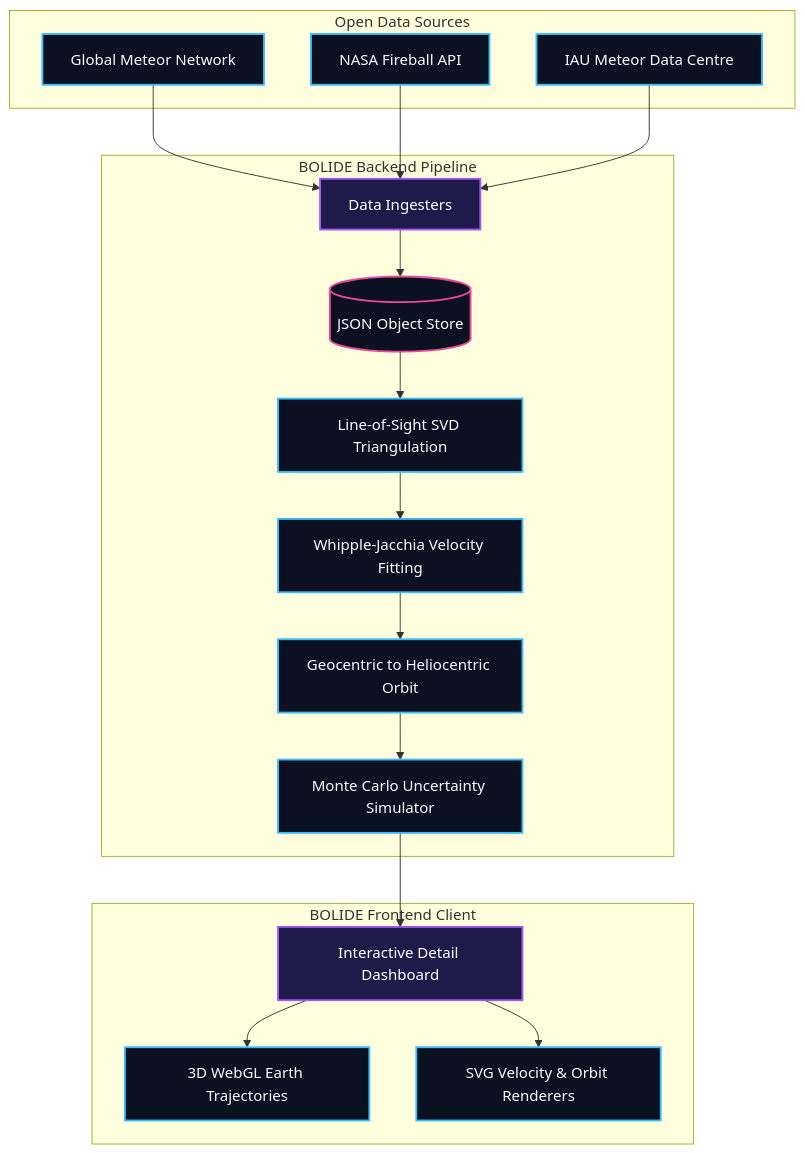
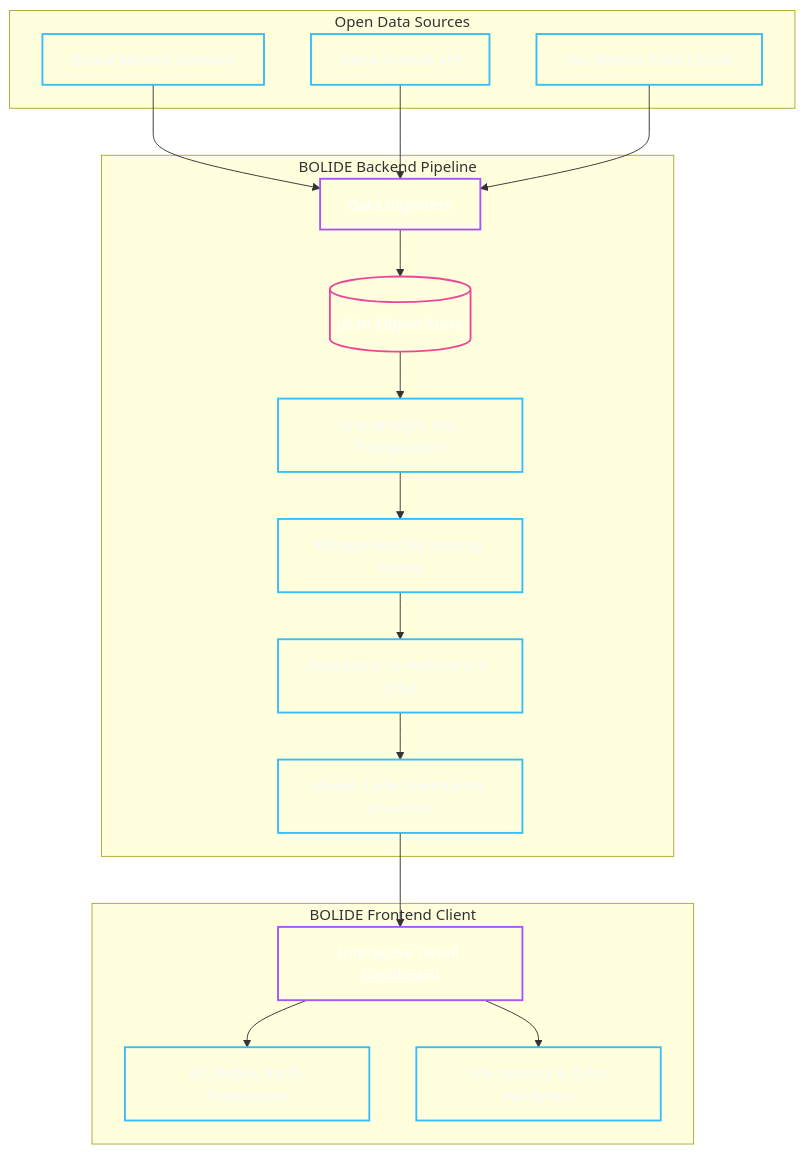
Before and after one commit to Ojasvvv/Astrothon: the diagram in README.md, drawn with Mermaid.

````diff
--- a/README.md
+++ b/README.md
@@ -31,42 +31,42 @@
 ```mermaid
 graph TD
-    classDef default fill:#0b1121,stroke:#38bdf8,stroke-width:2px,color:#f8fafc;
-    classDef highlight fill:#1e1b4b,stroke:#a855f7,stroke-width:2px,color:#ffffff;
-    classDef store fill:#0b1121,stroke:#ec4899,stroke-width:2px,color:#ffffff;
+    classDef default fill:transparent,stroke:#38bdf8,stroke-width:2px,color:#f8fafc;
+    classDef highlight fill:transparent,stroke:#a855f7,stroke-width:2px,color:#ffffff;
+    classDef store fill:transparent,stroke:#ec4899,stroke-width:2px,color:#ffffff;
     
     subgraph Open Data Sources
         GMN[Global Meteor Network]:::default
         NASA[NASA Fireball API]:::default
         IAU[IAU Meteor Data Centre]:::default
     end
 
     subgraph BOLIDE Backend Pipeline
         Ingest[Data Ingesters]:::highlight
         Store[(JSON Object Store)]:::store
         
         Triangulate[Line-of-Sight SVD Triangulation]:::default
         Velocity[Whipple-Jacchia Velocity Fitting]:::default
         Orbit[Geocentric to Heliocentric Orbit]:::default
         MC[Monte Carlo Uncertainty Simulator]:::default
     end
 
     subgraph BOLIDE Frontend Client
         Dash[Interactive Detail Dashboard]:::highlight
         Map[3D WebGL Earth Trajectories]:::default
         Charts[SVG Velocity & Orbit Renderers]:::default
     end
 
     GMN --> Ingest
     NASA --> Ingest
     IAU --> Ingest
 
     Ingest --> Store
     Store --> Triangulate
     Triangulate --> Velocity
     Velocity --> Orbit
     Orbit --> MC
     
     MC --> Dash
     Dash --> Map
     Dash --> Charts
 ```
````
